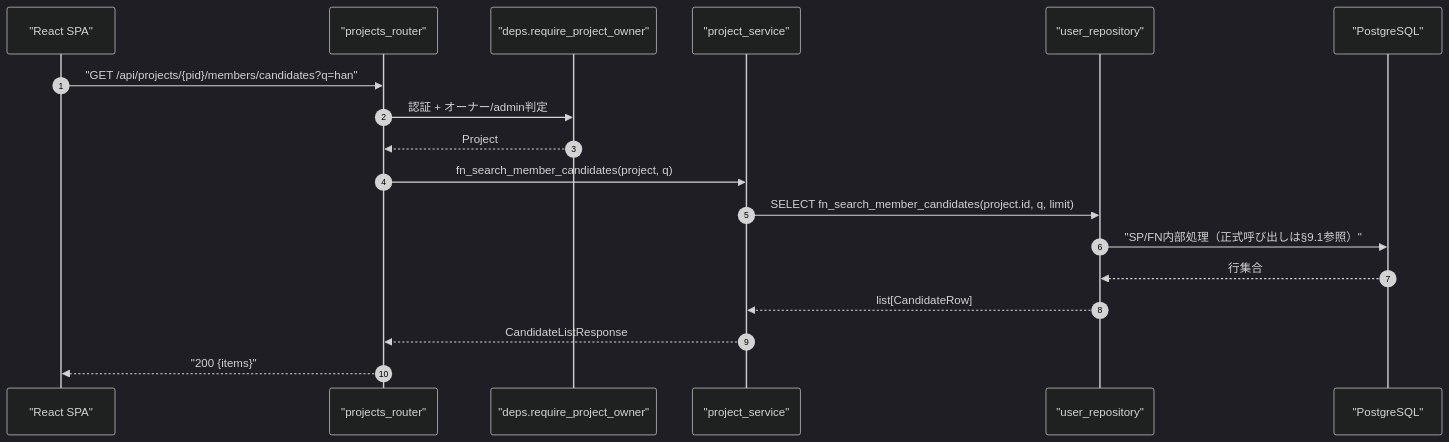
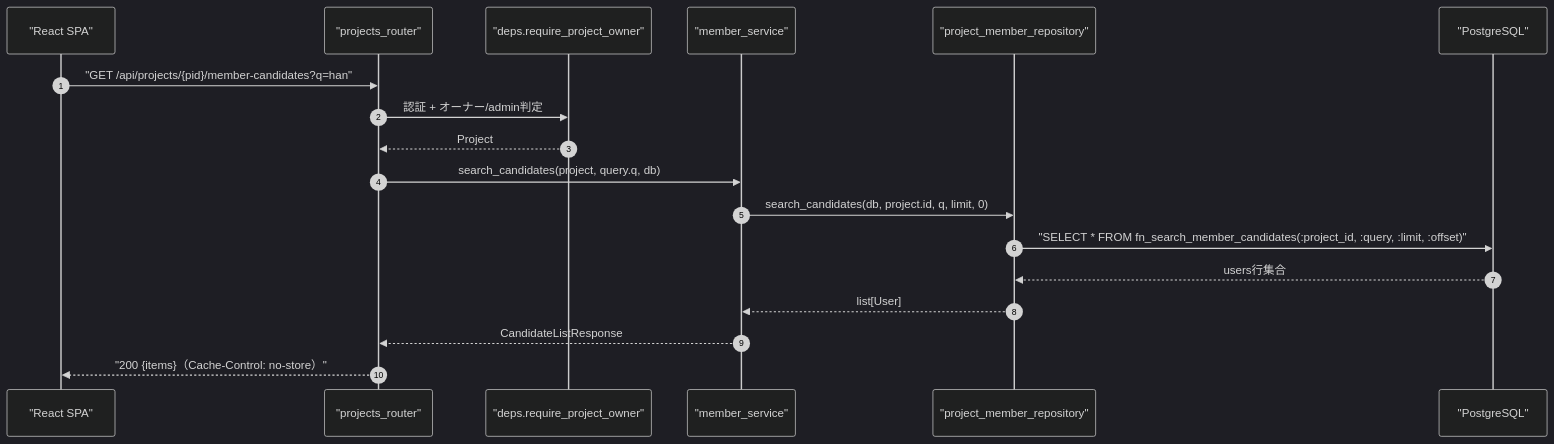
One commit to oikawa-d/task_management changed the first of 4 diagrams in docs/detailed_design/api/projects/08_get_project_member_candidates.md. Above: the diagram before and after it, drawn with Mermaid (dark theme). The commit also changed other lines of this file and 4 other files, not shown here.

````diff
--- a/docs/detailed_design/api/projects/08_get_project_member_candidates.md
+++ b/docs/detailed_design/api/projects/08_get_project_member_candidates.md
@@ -86,21 +86,21 @@
 ```mermaid
 sequenceDiagram
     autonumber
     participant FE as "React SPA"
     participant R as "projects_router"
     participant D as "deps.require_project_owner"
-    participant S as "project_service"
-    participant UR as "user_repository"
+    participant S as "member_service"
+    participant PR as "project_member_repository"
     participant PG as "PostgreSQL"
 
-    FE->>R: "GET /api/projects/{pid}/members/candidates?q=han"
+    FE->>R: "GET /api/projects/{pid}/member-candidates?q=han"
     R->>D: 認証 + オーナー/admin判定
     D-->>R: Project
-    R->>S: fn_search_member_candidates(project, q)
-    S->>UR: SELECT fn_search_member_candidates(project.id, q, limit)
-    UR->>PG: "SP/FN内部処理（正式呼び出しは§9.1参照）"
-    PG-->>UR: 行集合
-    UR-->>S: list[CandidateRow]
+    R->>S: search_candidates(project, query.q, db)
+    S->>PR: search_candidates(db, project.id, q, limit, 0)
+    PR->>PG: "SELECT * FROM fn_search_member_candidates(:project_id, :query, :limit, :offset)"
+    PG-->>PR: users行集合
+    PR-->>S: list[User]
     S-->>R: CandidateListResponse
-    R-->>FE: "200 {items}"
+    R-->>FE: "200 {items}（Cache-Control: no-store）"
 ```
````
